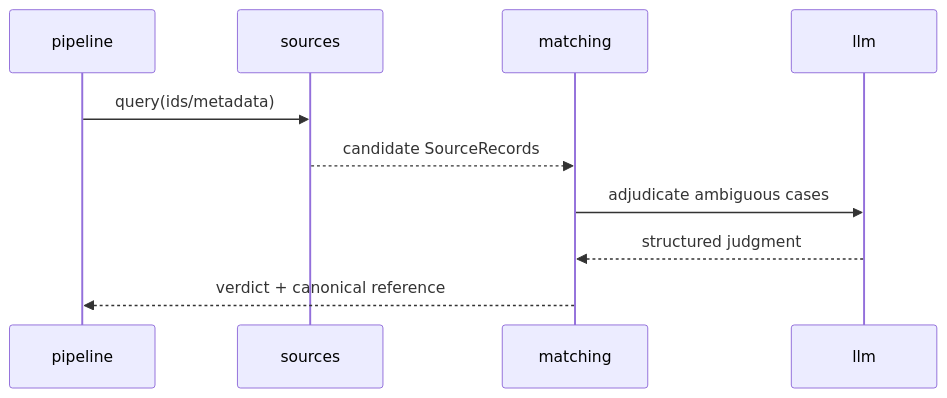
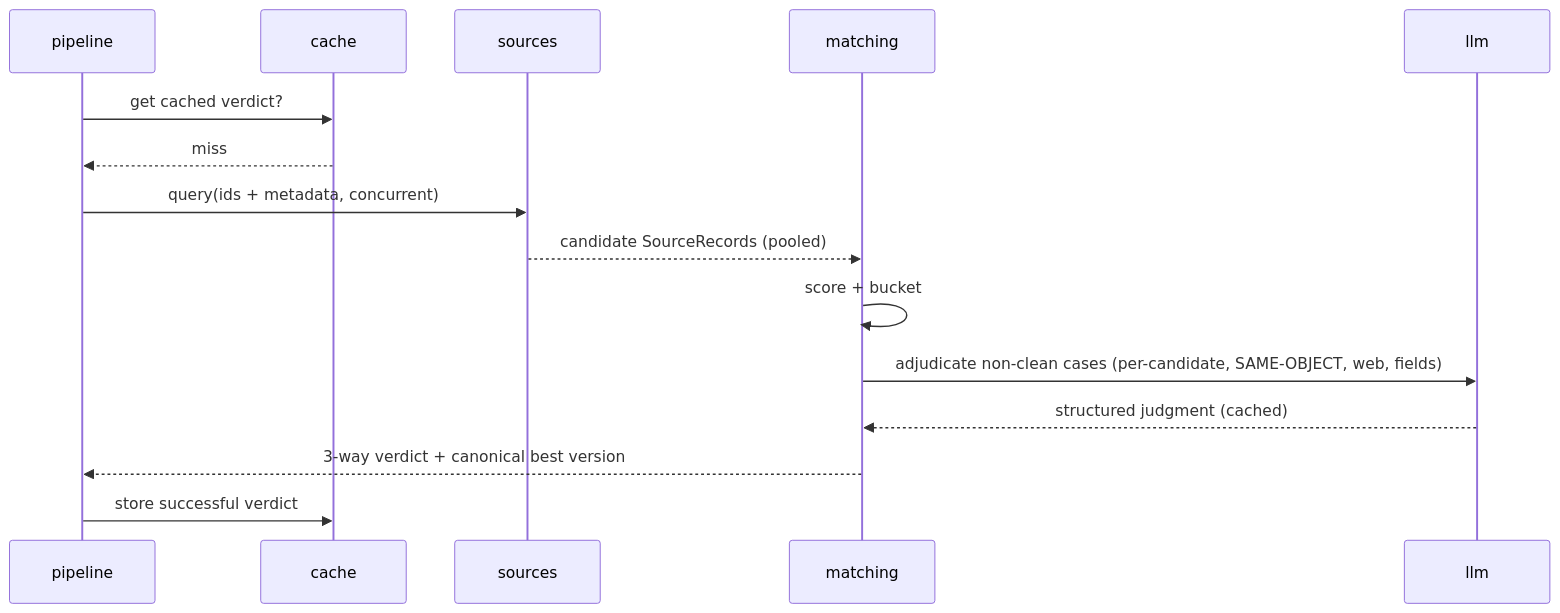
One commit to constructorfabric/reference-audit changed the second of 2 diagrams in architecture/DESIGN.md. Above: the diagram before and after it, drawn with Mermaid. The commit also changed other lines of this file and 4 other files, not shown here.

````diff
--- a/architecture/DESIGN.md
+++ b/architecture/DESIGN.md
@@ -375,12 +401,17 @@
 ```mermaid
 sequenceDiagram
     participant P as pipeline
+    participant C as cache
     participant S as sources
     participant M as matching
     participant L as llm
-    P->>S: query(ids/metadata)
-    S-->>M: candidate SourceRecords
-    M->>L: adjudicate ambiguous cases
-    L-->>M: structured judgment
-    M-->>P: verdict + canonical reference
+    P->>C: get cached verdict?
+    C-->>P: miss
+    P->>S: query(ids + metadata, concurrent)
+    S-->>M: candidate SourceRecords (pooled)
+    M->>M: score + bucket
+    M->>L: adjudicate non-clean cases (per-candidate, SAME-OBJECT, web, fields)
+    L-->>M: structured judgment (cached)
+    M-->>P: 3-way verdict + canonical best version
+    P->>C: store successful verdict
 ```
````
